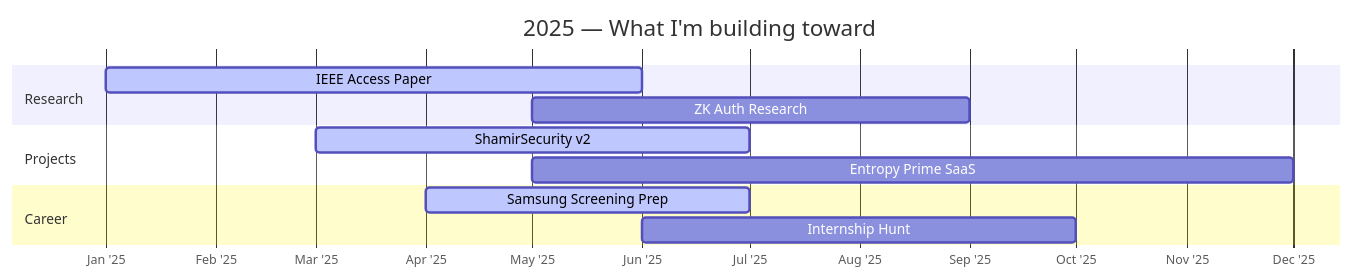
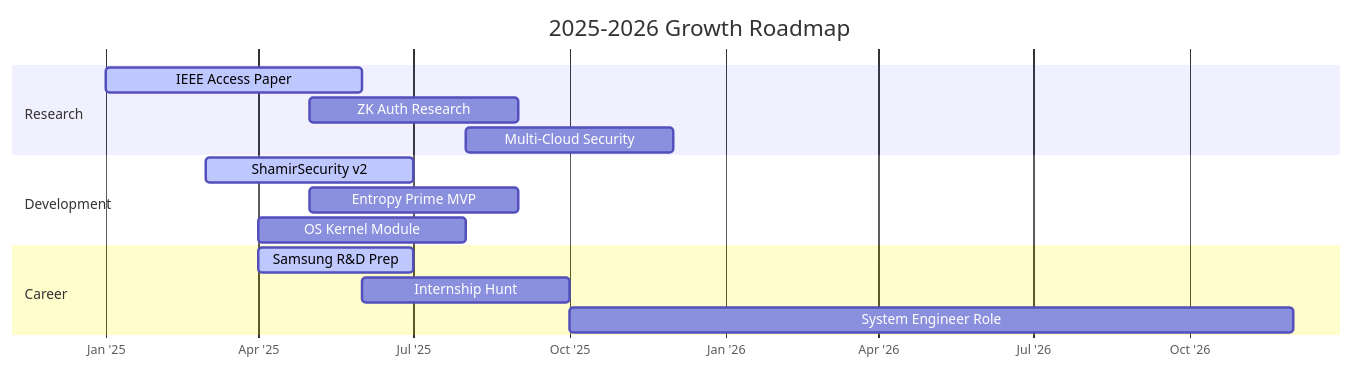
One commit to Parik-2006/Parik-2006 changed the seventh of 8 diagrams in README.md. Above: the diagram before and after it, drawn with Mermaid. The commit also changed other lines of this file, not shown here.

First line of the commit message:
✨ Enhance README with visual diagrams and contribution breakdown

````diff
--- a/README.md
+++ b/README.md
@@ -138,18 +283,21 @@
 ```mermaid
 gantt
-    title 2025 — What I'm building toward
+    title 2025-2026 Growth Roadmap
     dateFormat  YYYY-MM
     axisFormat %b '%y
 
     section Research
     IEEE Access Paper          :active, 2025-01, 2025-06
     ZK Auth Research           :2025-05, 2025-09
+    Multi-Cloud Security       :2025-08, 2025-12
 
-    section Projects
+    section Development
     ShamirSecurity v2          :active, 2025-03, 2025-07
-    Entropy Prime SaaS         :2025-05, 2025-12
+    Entropy Prime MVP          :2025-05, 2025-09
+    OS Kernel Module           :2025-04, 2025-08
 
     section Career
-    Samsung Screening Prep     :active, 2025-04, 2025-07
+    Samsung R&D Prep           :active, 2025-04, 2025-07
     Internship Hunt            :2025-06, 2025-10
+    System Engineer Role       :2025-10, 2026-12
 ```
````
